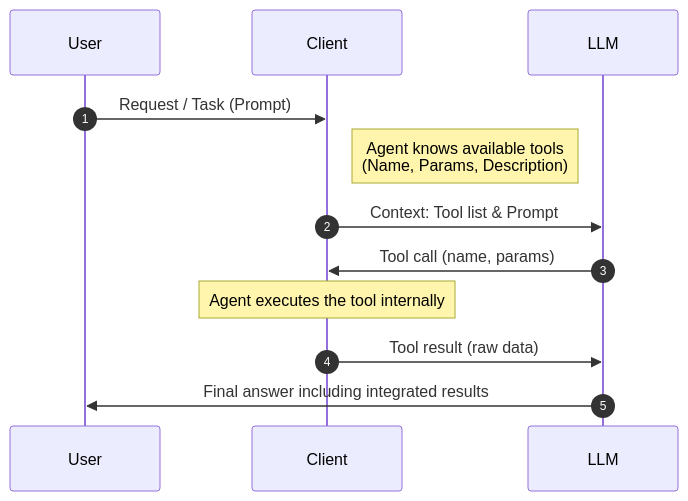
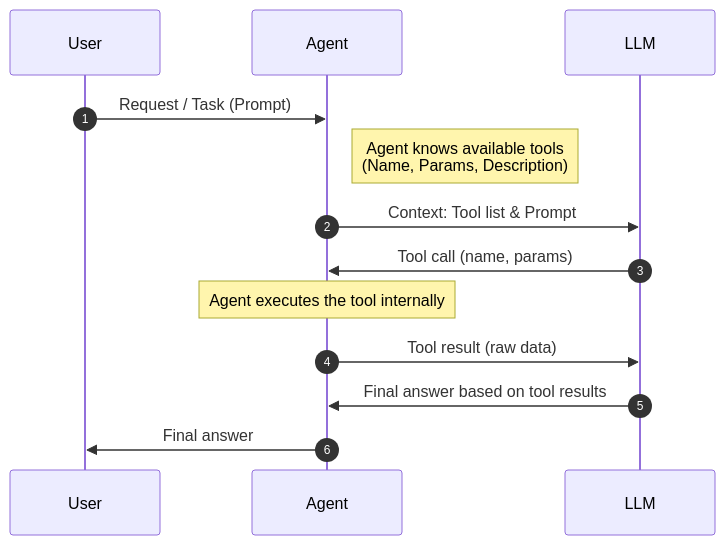
The first of 2 diagrams in slides/01-basics/tools-and-mcp/slides.md (ase-training-zhr-jun-pub/agentic-se-slides), drawn with Mermaid before and after one commit. The commit also changed other lines of this file, not shown here.

First line of the commit message:
Refine Tool-Use and MCP sequence diagrams

````diff
--- a/slides/01-basics/tools-and-mcp/slides.md
+++ b/slides/01-basics/tools-and-mcp/slides.md
@@ -35,16 +37,17 @@
-```mermaid
+```mermaid {scale: 0.5}
 sequenceDiagram
   participant U as User
-  participant A as Client
+  participant A as Agent
   participant L as LLM
   
   autonumber
   
   U ->> A: Request / Task (Prompt)
   Note right of A: Agent knows available tools<br/>(Name, Params, Description)
   A ->> L: Context: Tool list & Prompt
   L ->> A: Tool call (name, params)
   Note over A: Agent executes the tool internally
   A ->> L: Tool result (raw data)
-  L ->> U: Final answer including integrated results
+  L ->> A: Final answer based on tool results
+  A ->> U: Final answer
 ```
````
